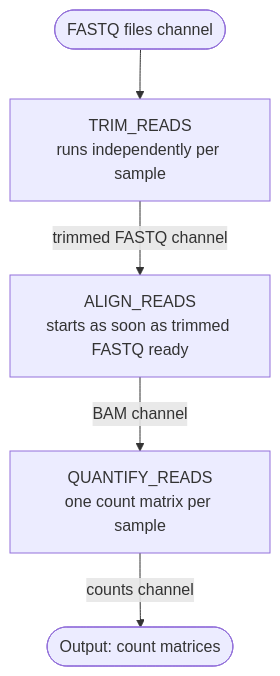
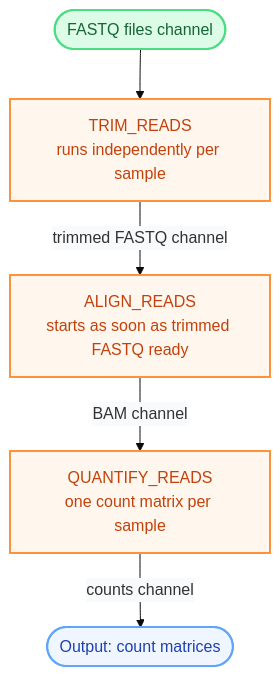
One commit to hossainlab/hossainlab.github.io changed the second of 2 diagrams in tutorials/nextflow/01-introduction.qmd. Above: the diagram before and after it, drawn with Mermaid. The commit also changed 9 other files, not shown here.

````diff
--- a/tutorials/nextflow/01-introduction.qmd
+++ b/tutorials/nextflow/01-introduction.qmd
@@ -150,8 +150,13 @@
 ```{mermaid}
+%%{init: {'theme': 'base', 'themeVariables': {'edgeLabelBackground': '#f8fafc'}}}%%
 flowchart TD
-    A([FASTQ files channel]) --> B
-    B["TRIM_READS\nruns independently per sample"] -->|trimmed FASTQ channel| C
-    C["ALIGN_READS\nstarts as soon as trimmed FASTQ ready"] -->|BAM channel| D
-    D["QUANTIFY_READS\none count matrix per sample"] -->|counts channel| E
-    E([Output: count matrices])
+    A([FASTQ files channel]):::ch
+    A --> B["TRIM_READS<br/>runs independently per sample"]:::proc
+    B -->|trimmed FASTQ channel| C["ALIGN_READS<br/>starts as soon as trimmed FASTQ ready"]:::proc
+    C -->|BAM channel| D["QUANTIFY_READS<br/>one count matrix per sample"]:::proc
+    D -->|counts channel| E([Output: count matrices]):::out
+
+    classDef ch   fill:#dcfce7,stroke:#4ade80,stroke-width:2px,color:#166534
+    classDef proc fill:#fff7ed,stroke:#fb923c,stroke-width:2px,color:#c2410c
+    classDef out  fill:#eff6ff,stroke:#60a5fa,stroke-width:2px,color:#1e40af
 ```
````
